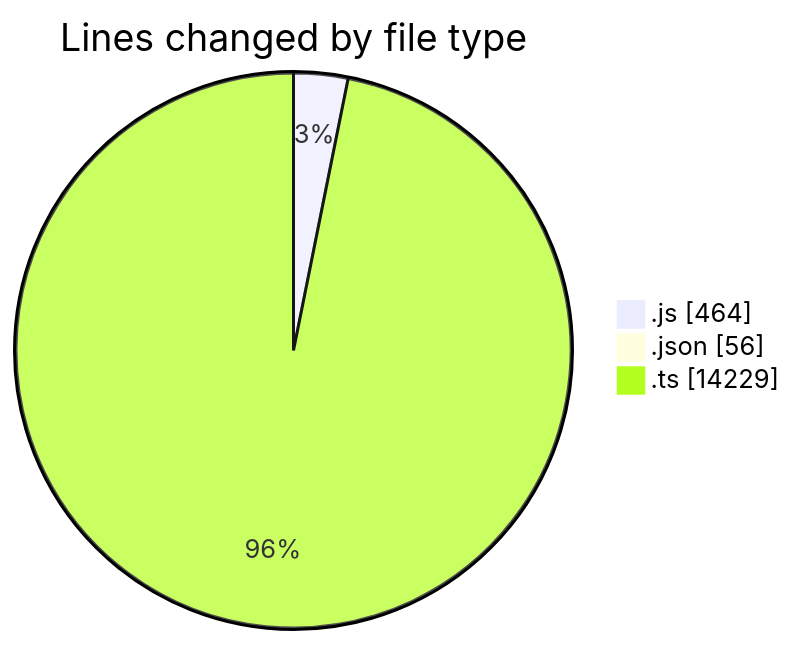
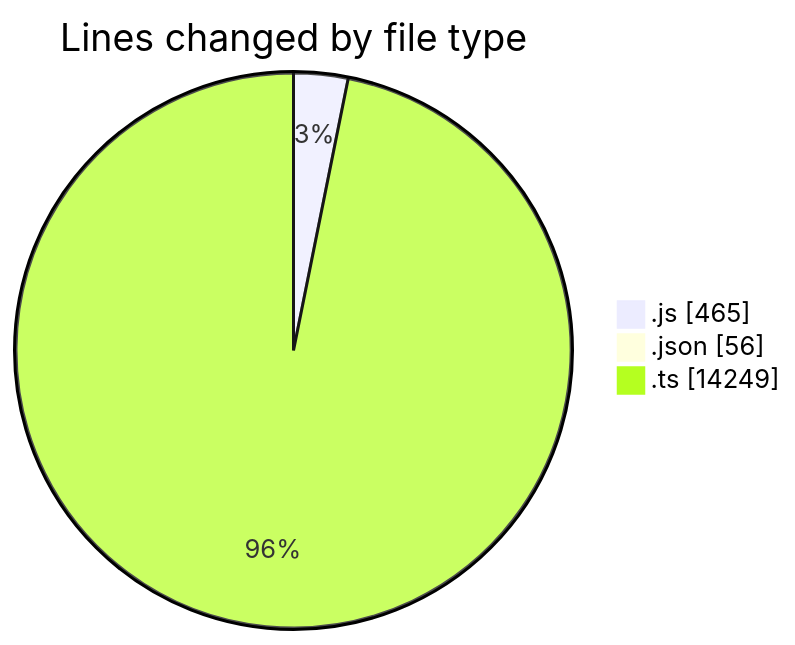
Before and after one commit to momahboobian/code-tracking: the first of 2 diagrams in 2025-09-04/cda/README.md, drawn with Mermaid. The commit also changed other lines of this file and 1 other file, not shown here.

````diff
--- a/2025-09-04/cda/README.md
+++ b/2025-09-04/cda/README.md
@@ -34,7 +34,7 @@
 ```mermaid
 pie showData
 title Lines changed by file type
-".js" : 464
+".js" : 465
 ".json" : 56
-".ts" : 14229
+".ts" : 14249
 ```
````
